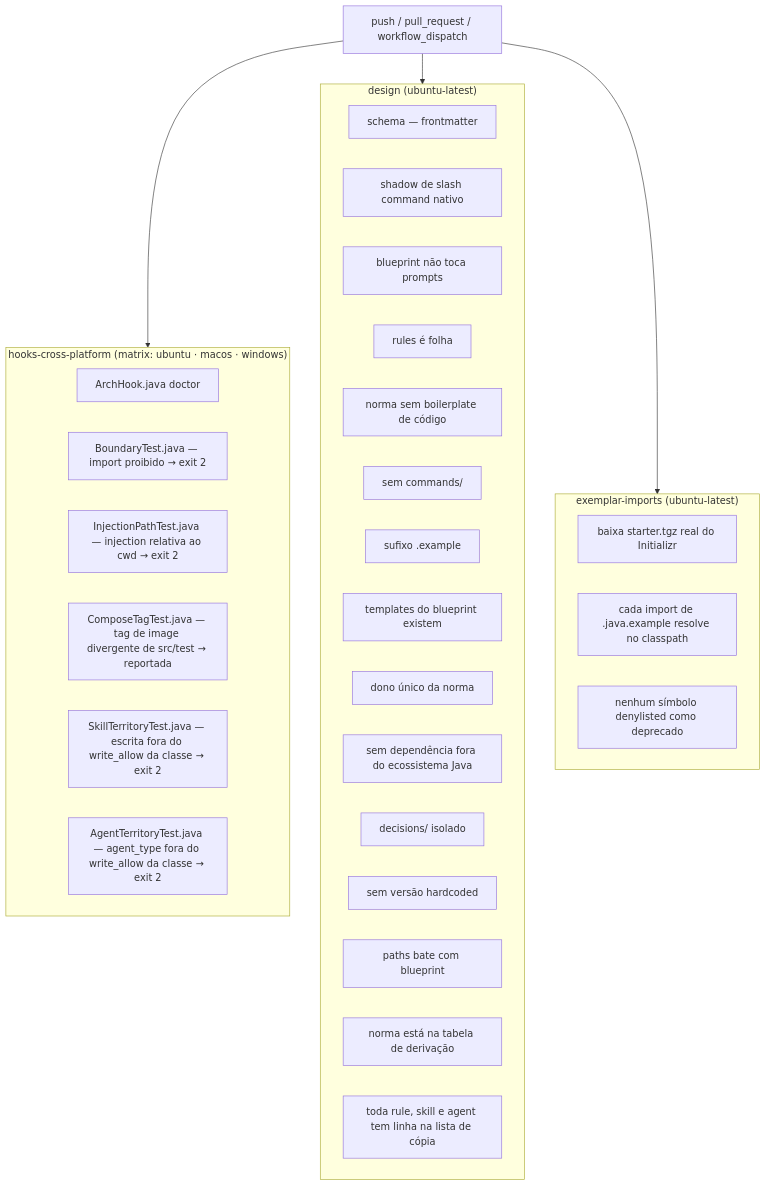
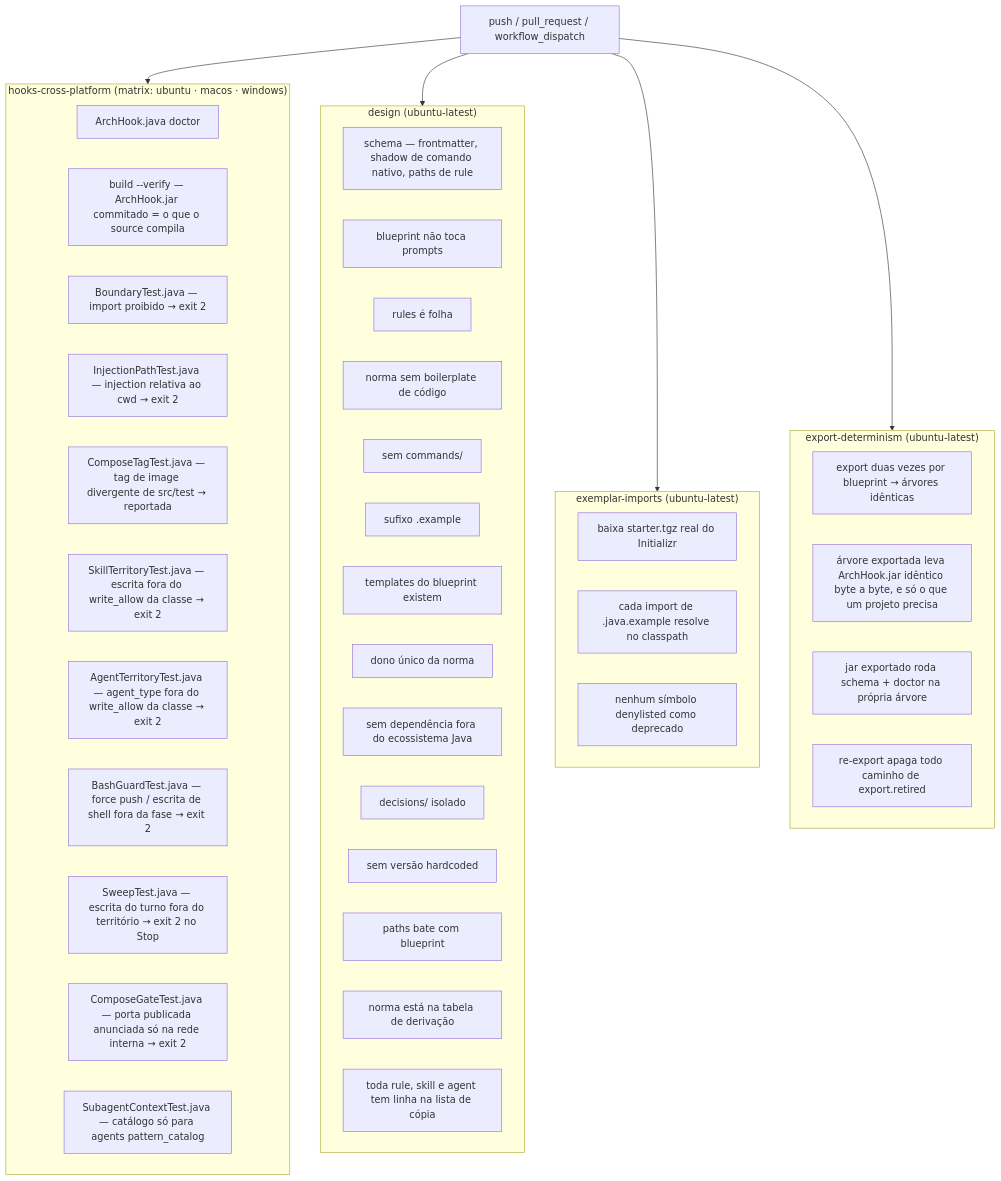
The diagram in docs/pt-br/07-ci-validate.md (ice-lfernandes/claude-spring-architect), drawn with Mermaid before and after one commit. The commit also changed other lines of this file and 19 other files, not shown here.

First line of the commit message:
ci: exercise the hook jar and every post-0075 guard (decision 0084)

````diff
--- a/docs/pt-br/07-ci-validate.md
+++ b/docs/pt-br/07-ci-validate.md
@@ -17,39 +17,51 @@
 ```mermaid
 flowchart TD
     T[push / pull_request / workflow_dispatch] --> J1
     T --> J2
     T --> J3
+    T --> J4
 
     subgraph J1["hooks-cross-platform (matrix: ubuntu · macos · windows)"]
         H1[ArchHook.java doctor]
+        H0[build --verify — ArchHook.jar commitado = o que o source compila]
         H2[BoundaryTest.java — import proibido → exit 2]
         H3[InjectionPathTest.java — injection relativa ao cwd → exit 2]
         H4[ComposeTagTest.java — tag de image divergente de src/test → reportada]
         H5[SkillTerritoryTest.java — escrita fora do write_allow da classe → exit 2]
         H6[AgentTerritoryTest.java — agent_type fora do write_allow da classe → exit 2]
+        H7[BashGuardTest.java — force push / escrita de shell fora da fase → exit 2]
+        H8[SweepTest.java — escrita do turno fora do território → exit 2 no Stop]
+        H9[ComposeGateTest.java — porta publicada anunciada só na rede interna → exit 2]
+        H10[SubagentContextTest.java — catálogo só para agents pattern_catalog]
     end
 
     subgraph J2["design (ubuntu-latest)"]
-        D1[schema — frontmatter]
-        D3[shadow de slash command nativo]
+        D1[schema — frontmatter, shadow de comando nativo, paths de rule]
         D4[blueprint não toca prompts]
         D5[rules é folha]
         D6[norma sem boilerplate de código]
         D7[sem commands/]
         D8[sufixo .example]
         D9[templates do blueprint existem]
         D10[dono único da norma]
         D11[sem dependência fora do ecossistema Java]
         D12[decisions/ isolado]
         D13[sem versão hardcoded]
         D14[paths bate com blueprint]
         D15[norma está na tabela de derivação]
         D16[toda rule, skill e agent tem linha na lista de cópia]
     end
 
     subgraph J3["exemplar-imports (ubuntu-latest)"]
         E1[baixa starter.tgz real do Initializr]
         E2[cada import de .java.example resolve no classpath]
         E3[nenhum símbolo denylisted como deprecado]
     end
+
+    subgraph J4["export-determinism (ubuntu-latest)"]
+        X1[export duas vezes por blueprint → árvores idênticas]
+        X2[árvore exportada leva ArchHook.jar idêntico byte a byte, e só o que um projeto precisa]
+        X3[jar exportado roda schema + doctor na própria árvore]
+        X4[re-export apaga todo caminho de export.retired]
+    end
 ```
````
